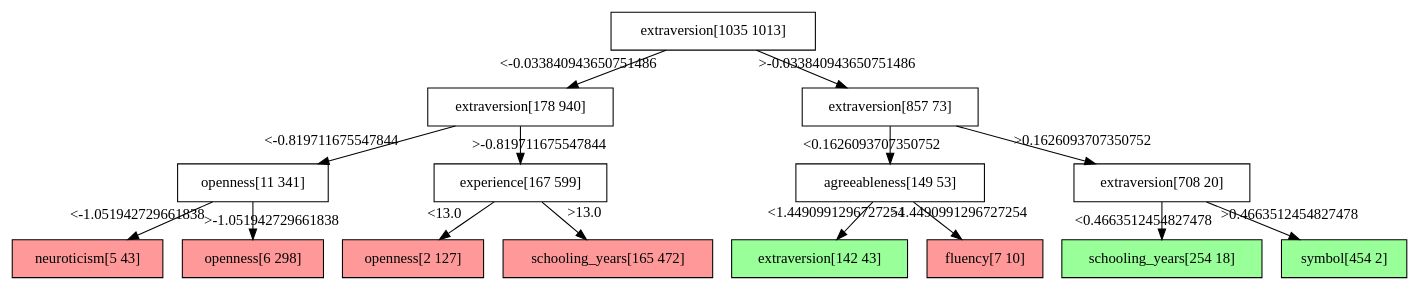
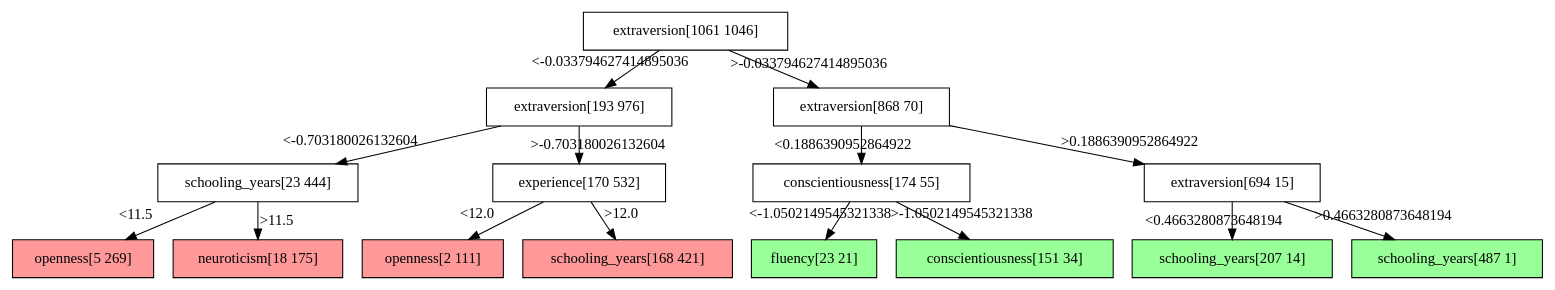
The diagram in skills_and_wages/bld/out/analysis/decision_tree.dot (Poojabl26/Programming-Project), drawn with Graphviz before and after one commit. The commit also changed 19 other files, not shown here.

```diff
--- a/skills_and_wages/bld/out/analysis/decision_tree.dot
+++ b/skills_and_wages/bld/out/analysis/decision_tree.dot
@@ -1,32 +1,32 @@
 digraph Tree {
 node [shape=box, style="filled", color="black"] ;
-0 [ label="extraversion[1035 1013]" , fillcolor="#ffffff"] ;
-1 [ label="extraversion[178 940]" , fillcolor="#ffffff"] ;
-0->1 [labeldistance=2.5, labelangle=45, headlabel="<-0.033840943650751486"] ;
-3 [ label="openness[11 341]" , fillcolor="#ffffff"] ;
-1->3 [labeldistance=2.5, labelangle=45, headlabel="<-0.819711675547844"] ;
-5 [ label="neuroticism[5 43]" , fillcolor="#ff9999"] ;
-3->5 [labeldistance=2.5, labelangle=45, headlabel="<-1.051942729661838"] ;
-6 [ label="openness[6 298]" , fillcolor="#ff9999"] ;
-3->6 [labeldistance=2.5, labelangle=-45, headlabel=">-1.051942729661838"] ;
-4 [ label="experience[167 599]" , fillcolor="#ffffff"] ;
-1->4 [labeldistance=2.5, labelangle=-45, headlabel=">-0.819711675547844"] ;
-7 [ label="openness[2 127]" , fillcolor="#ff9999"] ;
-4->7 [labeldistance=2.5, labelangle=45, headlabel="<13.0"] ;
-8 [ label="schooling_years[165 472]" , fillcolor="#ff9999"] ;
-4->8 [labeldistance=2.5, labelangle=-45, headlabel=">13.0"] ;
-2 [ label="extraversion[857 73]" , fillcolor="#ffffff"] ;
-0->2 [labeldistance=2.5, labelangle=-45, headlabel=">-0.033840943650751486"] ;
-9 [ label="agreeableness[149 53]" , fillcolor="#ffffff"] ;
-2->9 [labeldistance=2.5, labelangle=45, headlabel="<0.1626093707350752"] ;
-11 [ label="extraversion[142 43]" , fillcolor="#99ff99"] ;
-9->11 [labeldistance=2.5, labelangle=45, headlabel="<1.4490991296727254"] ;
-12 [ label="fluency[7 10]" , fillcolor="#ff9999"] ;
-9->12 [labeldistance=2.5, labelangle=-45, headlabel=">1.4490991296727254"] ;
-10 [ label="extraversion[708 20]" , fillcolor="#ffffff"] ;
-2->10 [labeldistance=2.5, labelangle=-45, headlabel=">0.1626093707350752"] ;
-13 [ label="schooling_years[254 18]" , fillcolor="#99ff99"] ;
-10->13 [labeldistance=2.5, labelangle=45, headlabel="<0.4663512454827478"] ;
-14 [ label="symbol[454 2]" , fillcolor="#99ff99"] ;
-10->14 [labeldistance=2.5, labelangle=-45, headlabel=">0.4663512454827478"] ;
+0 [ label="extraversion[1061 1046]" , fillcolor="#ffffff"] ;
+1 [ label="extraversion[193 976]" , fillcolor="#ffffff"] ;
+0->1 [labeldistance=2.5, labelangle=45, headlabel="<-0.033794627414895036"] ;
+3 [ label="schooling_years[23 444]" , fillcolor="#ffffff"] ;
+1->3 [labeldistance=2.5, labelangle=45, headlabel="<-0.703180026132604"] ;
+5 [ label="openness[5 269]" , fillcolor="#ff9999"] ;
+3->5 [labeldistance=2.5, labelangle=45, headlabel="<11.5"] ;
+6 [ label="neuroticism[18 175]" , fillcolor="#ff9999"] ;
+3->6 [labeldistance=2.5, labelangle=-45, headlabel=">11.5"] ;
+4 [ label="experience[170 532]" , fillcolor="#ffffff"] ;
+1->4 [labeldistance=2.5, labelangle=-45, headlabel=">-0.703180026132604"] ;
+7 [ label="openness[2 111]" , fillcolor="#ff9999"] ;
+4->7 [labeldistance=2.5, labelangle=45, headlabel="<12.0"] ;
+8 [ label="schooling_years[168 421]" , fillcolor="#ff9999"] ;
+4->8 [labeldistance=2.5, labelangle=-45, headlabel=">12.0"] ;
+2 [ label="extraversion[868 70]" , fillcolor="#ffffff"] ;
+0->2 [labeldistance=2.5, labelangle=-45, headlabel=">-0.033794627414895036"] ;
+9 [ label="conscientiousness[174 55]" , fillcolor="#ffffff"] ;
+2->9 [labeldistance=2.5, labelangle=45, headlabel="<0.1886390952864922"] ;
+11 [ label="fluency[23 21]" , fillcolor="#99ff99"] ;
+9->11 [labeldistance=2.5, labelangle=45, headlabel="<-1.0502149545321338"] ;
+12 [ label="conscientiousness[151 34]" , fillcolor="#99ff99"] ;
+9->12 [labeldistance=2.5, labelangle=-45, headlabel=">-1.0502149545321338"] ;
+10 [ label="extraversion[694 15]" , fillcolor="#ffffff"] ;
+2->10 [labeldistance=2.5, labelangle=-45, headlabel=">0.1886390952864922"] ;
+13 [ label="schooling_years[207 14]" , fillcolor="#99ff99"] ;
+10->13 [labeldistance=2.5, labelangle=45, headlabel="<0.4663280873648194"] ;
+14 [ label="schooling_years[487 1]" , fillcolor="#99ff99"] ;
+10->14 [labeldistance=2.5, labelangle=-45, headlabel=">0.4663280873648194"] ;
 }
```
